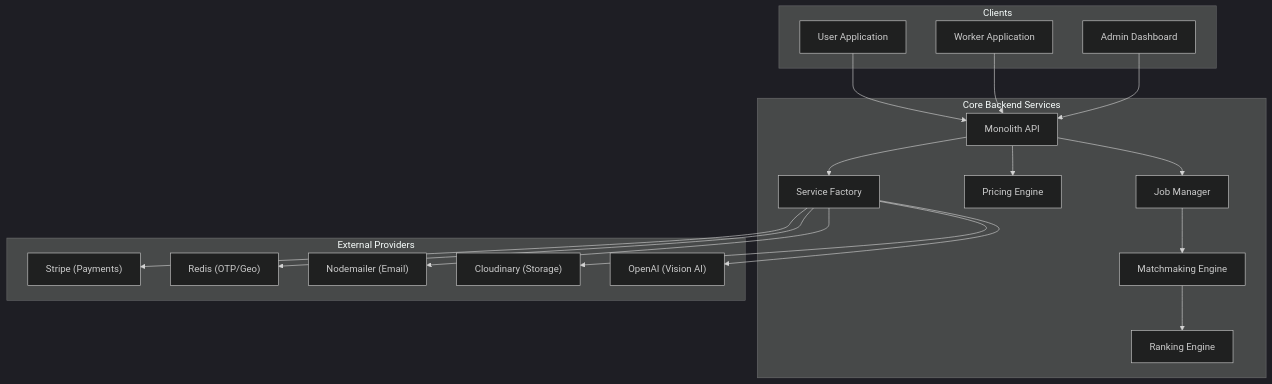
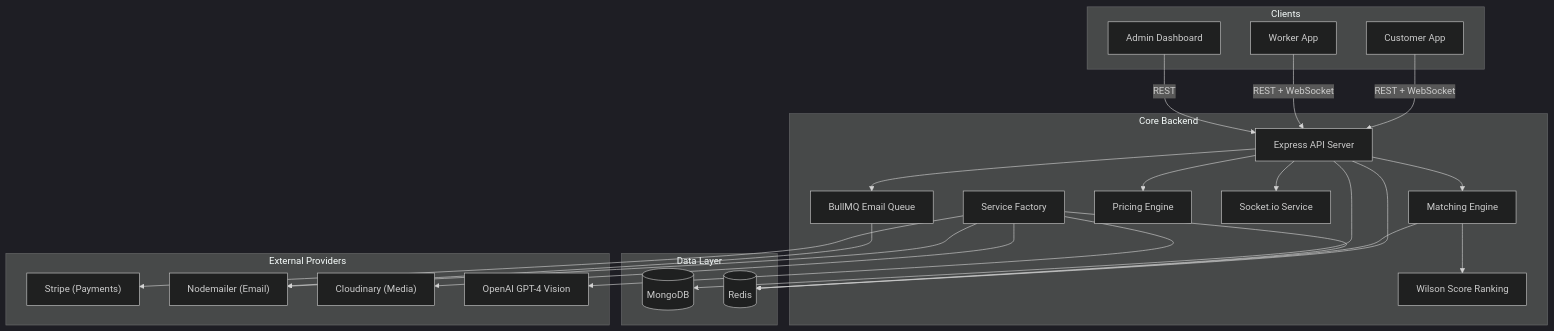
One commit to Somilg11/oddigo-v2 changed the first of 14 diagrams in docs_detailed_flows/COMBINED_APP_FLOW.md. Above: the diagram before and after it, drawn with Mermaid (dark theme). The commit also changed other lines of this file and 67 other files, not shown here.

````diff
--- a/docs_detailed_flows/COMBINED_APP_FLOW.md
+++ b/docs_detailed_flows/COMBINED_APP_FLOW.md
@@ -8,41 +9,53 @@
 ```mermaid
 graph TD
     subgraph Clients
-        UserApp[User Application]
-        WorkerApp[Worker Application]
+        UserApp[Customer App]
+        WorkerApp[Worker App]
         AdminPanel[Admin Dashboard]
     end
 
-    subgraph "Core Backend Services"
-        API[Monolith API]
+    subgraph "Core Backend"
+        API[Express API Server]
         Factory[Service Factory]
-        Match[Matchmaking Engine]
+        Match[Matching Engine]
         Pricing[Pricing Engine]
-        Ranking[Ranking Engine]
-        JobMgr[Job Manager]
+        Ranking[Wilson Score Ranking]
+        Socket[Socket.io Service]
+        Queue[BullMQ Email Queue]
+    end
+
+    subgraph "Data Layer"
+        MongoDB[(MongoDB)]
+        Redis[(Redis)]
     end
 
     subgraph "External Providers"
         Stripe["Stripe (Payments)"]
-        Redis["Redis (OTP/Geo)"]
         SMTP["Nodemailer (Email)"]
-        Cloudinary["Cloudinary (Storage)"]
-        OpenAI["OpenAI (Vision AI)"]
+        Cloudinary["Cloudinary (Media)"]
+        OpenAI["OpenAI GPT-4 Vision"]
     end
 
-    UserApp --> API
-    WorkerApp --> API
-    AdminPanel --> API
-    
+    UserApp -->|REST + WebSocket| API
+    WorkerApp -->|REST + WebSocket| API
+    AdminPanel -->|REST| API
+
+    API --> MongoDB
+    API --> Redis
+
     API --> Pricing
-    API --> JobMgr
-    JobMgr --> Match
+    API --> Match
+    API --> Socket
+    API --> Queue
+
     Match --> Ranking
-    
-    API --> Factory
+    Match --> Redis
+
     Factory --> Stripe
     Factory --> SMTP
     Factory --> Cloudinary
     Factory --> OpenAI
     Factory --> Redis
+
+    Queue --> SMTP
 ```
````
